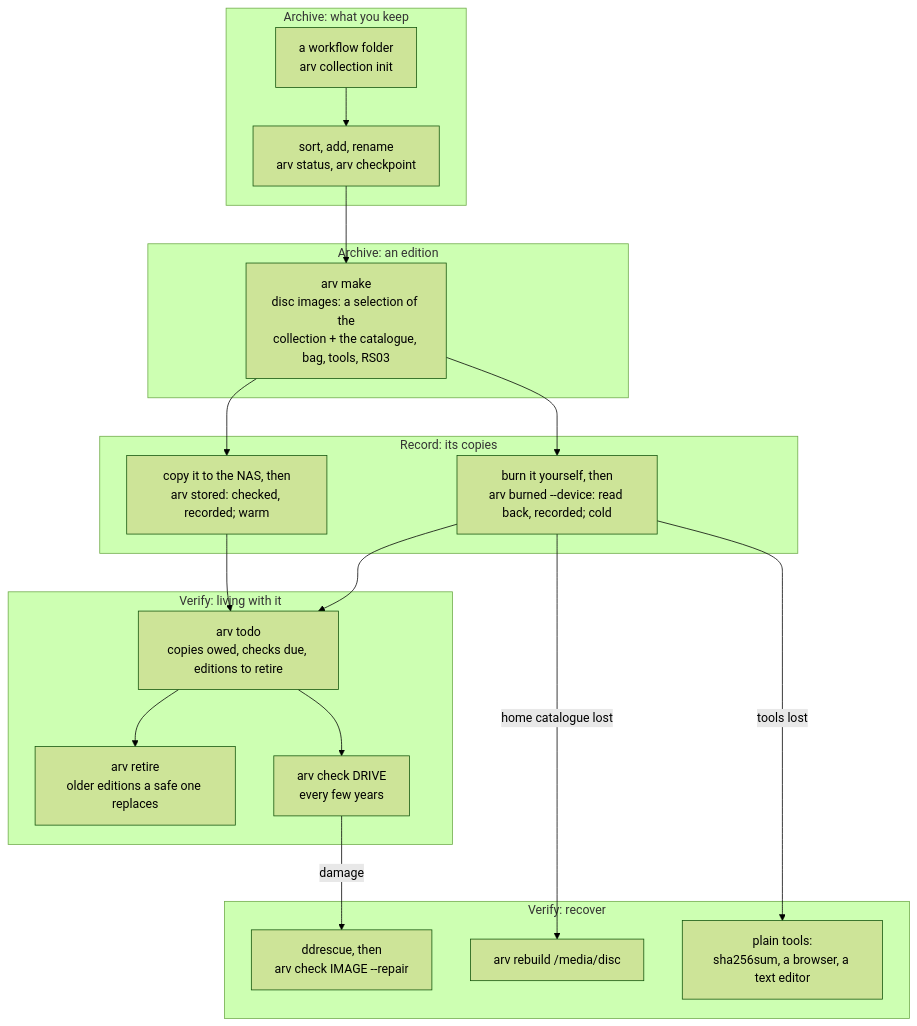
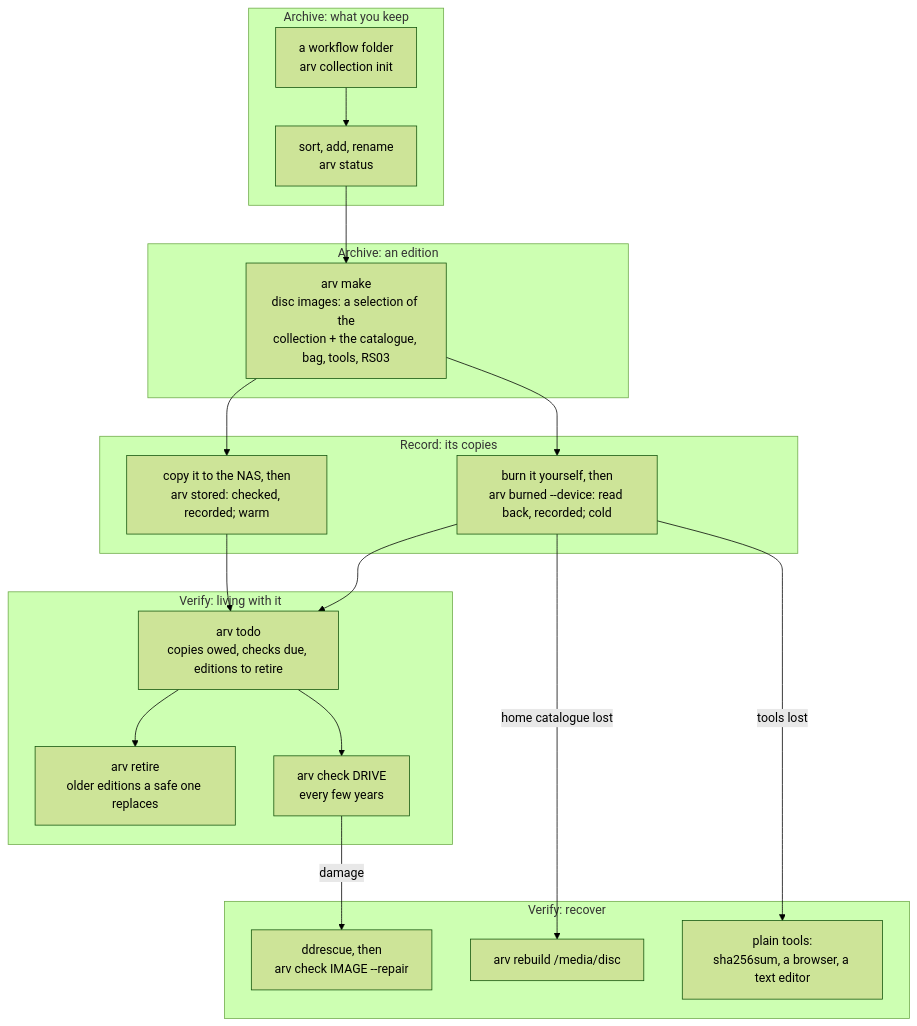
One commit to mofosyne/arv changed the diagram in docs/workflow.md. Above: the diagram before and after it, drawn with Mermaid (forest theme). The commit also changed other lines of this file and 24 other files, not shown here.

First line of the commit message:
Remove arv checkpoint: a collection's revisions are its editions (#42)

````diff
--- a/docs/workflow.md
+++ b/docs/workflow.md
@@ -27,24 +27,24 @@
 ```mermaid
 flowchart TD
     subgraph keep [Archive: what you keep]
-        W[a workflow folder<br/>arv collection init] --> S[sort, add, rename<br/>arv status, arv checkpoint]
+        W[a workflow folder<br/>arv collection init] --> S[sort, add, rename<br/>arv status]
     end
     subgraph make [Archive: an edition]
         S --> M[arv make<br/>disc images: a selection of the<br/>collection + the catalogue, bag, tools, RS03]
     end
     subgraph copies [Record: its copies]
         M --> B[burn it yourself, then<br/>arv burned --device: read back, recorded; cold]
         M --> N[copy it to the NAS, then<br/>arv stored: checked, recorded; warm]
     end
     subgraph live [Verify: living with it]
         B --> T[arv todo<br/>copies owed, checks due, editions to retire]
         N --> T
         T --> R[arv retire<br/>older editions a safe one replaces]
         T --> C[arv check DRIVE<br/>every few years]
     end
     subgraph recover [Verify: recover]
         C -- damage --> D[ddrescue, then<br/>arv check IMAGE --repair]
         B -- home catalogue lost --> RB[arv rebuild /media/disc]
         B -- tools lost --> P[plain tools:<br/>sha256sum, a browser, a text editor]
     end
 ```
````
